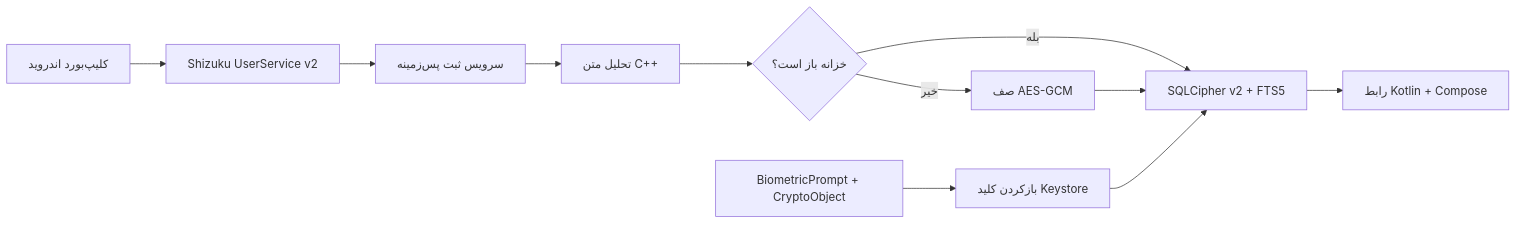
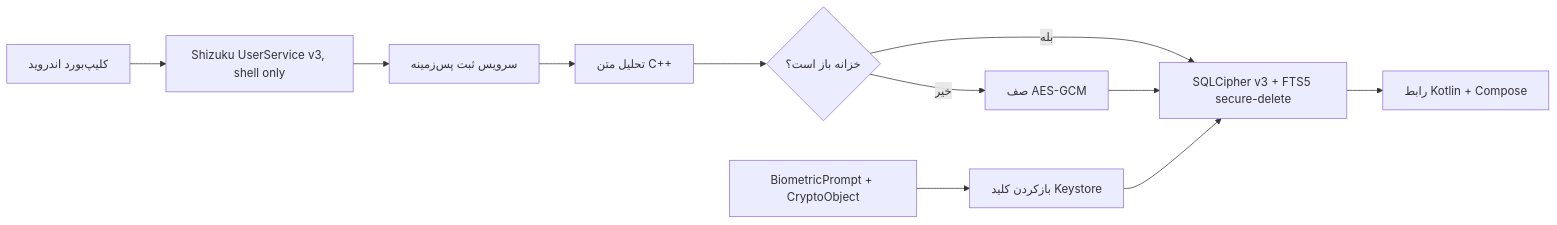
The diagram in README_FA.md (NeonBee/ClipVault), drawn with Mermaid before and after one commit. The commit also changed other lines of this file, not shown here.

````diff
--- a/README_FA.md
+++ b/README_FA.md
@@ -25,13 +26,13 @@
 ```mermaid
 flowchart LR
-    C[کلیپ‌بورد اندروید] --> S[Shizuku UserService v2]
+    C[کلیپ‌بورد اندروید] --> S[Shizuku UserService v3, shell only]
     S --> F[سرویس ثبت پس‌زمینه]
     F --> A[تحلیل متن C++]
     A --> L{خزانه باز است؟}
-    L -->|بله| D[SQLCipher v2 + FTS5]
+    L -->|بله| D[SQLCipher v3 + FTS5 secure-delete]
     L -->|خیر| P[صف AES-GCM]
     B[BiometricPrompt + CryptoObject] --> K[بازکردن کلید Keystore]
     K --> D
     P --> D
     D --> U[رابط Kotlin + Compose]
 ```
````
